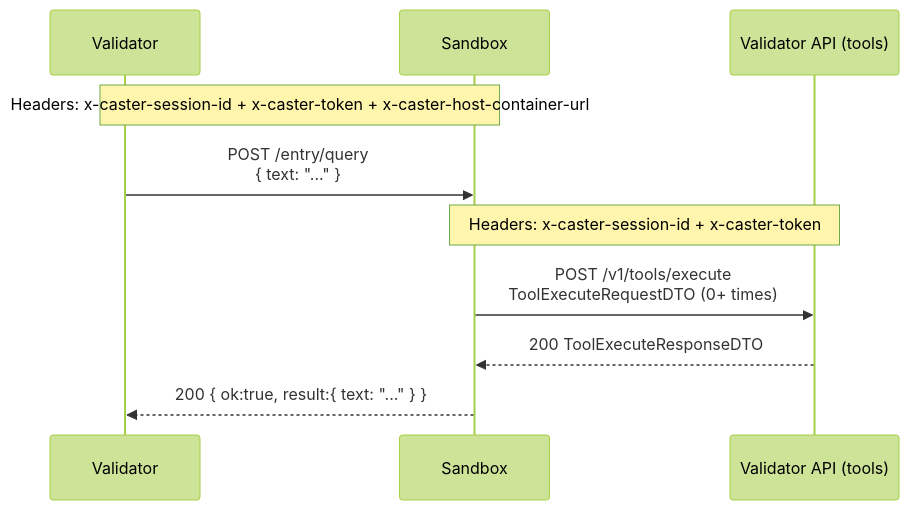
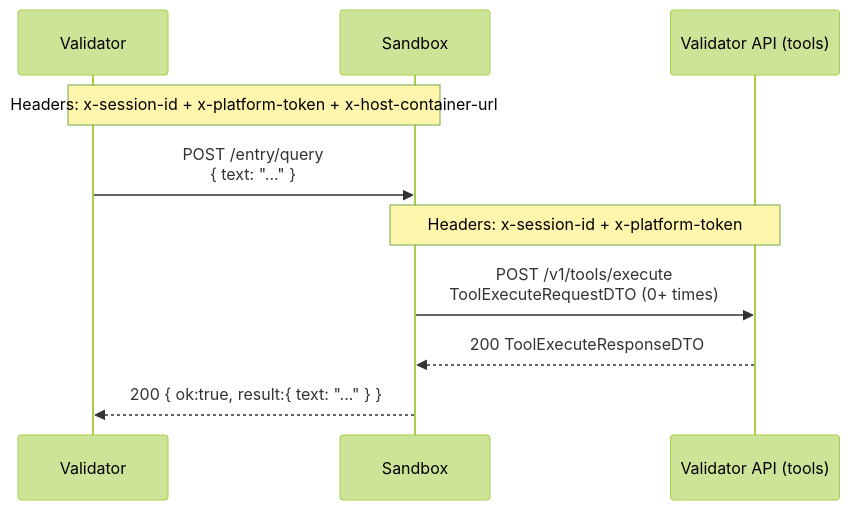
One commit to taolumberjack/harnyx changed the fourth of 7 diagrams in docs/api/flows.md. Above: the diagram before and after it, drawn with Mermaid (forest theme). The commit also changed other lines of this file and 76 other files, not shown here.

````diff
--- a/docs/api/flows.md
+++ b/docs/api/flows.md
@@ -103,15 +103,15 @@
 ```mermaid
 sequenceDiagram
   participant V as Validator
   participant S as Sandbox
   participant VA as Validator API (tools)
 
-  Note over V,S: Headers: x-caster-session-id + x-caster-token + x-caster-host-container-url
+  Note over V,S: Headers: x-session-id + x-platform-token + x-host-container-url
   V->>S: POST /entry/query<br/>{ text: "..." }
 
-  Note over S,VA: Headers: x-caster-session-id + x-caster-token
+  Note over S,VA: Headers: x-session-id + x-platform-token
   S->>VA: POST /v1/tools/execute<br/>ToolExecuteRequestDTO (0+ times)
   VA-->>S: 200 ToolExecuteResponseDTO
 
   S-->>V: 200 { ok:true, result:{ text: "..." } }
 ```
````
